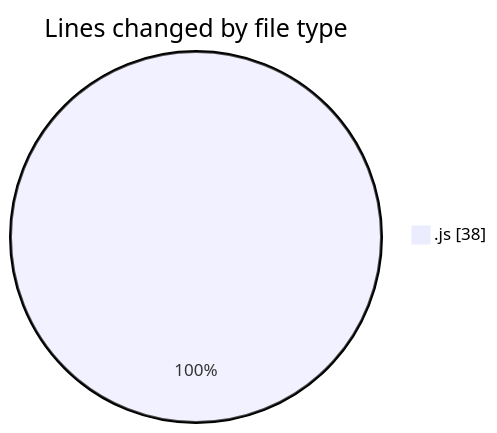
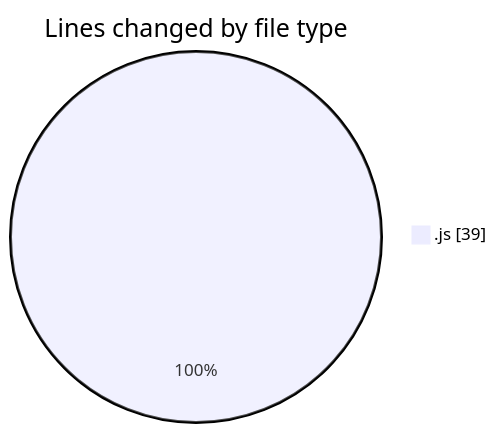
One commit to momahboobian/code-tracking changed the first of 2 diagrams in 2025-05-23/cda/README.md. Above: the diagram before and after it, drawn with Mermaid. The commit also changed other lines of this file and 1 other file, not shown here.

````diff
--- a/2025-05-23/cda/README.md
+++ b/2025-05-23/cda/README.md
@@ -20,5 +20,5 @@
 ```mermaid
 pie showData
 title Lines changed by file type
-".js" : 38
+".js" : 39
 ```
````
